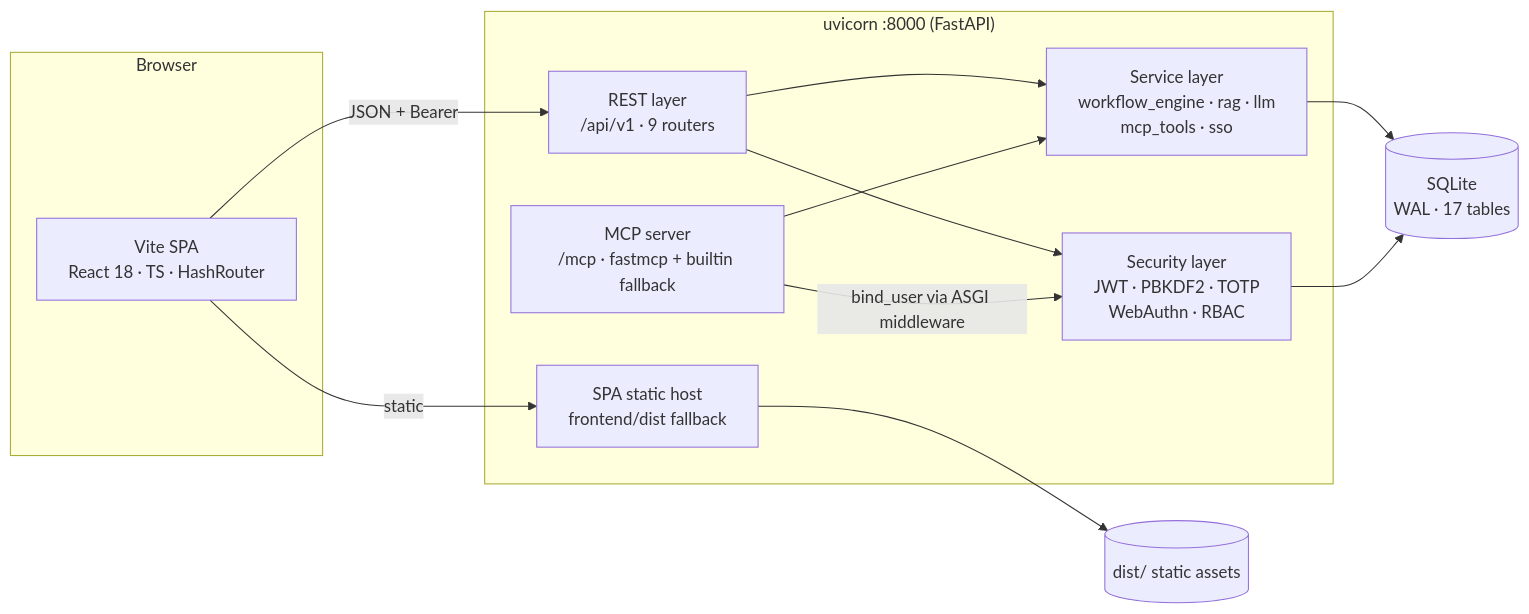
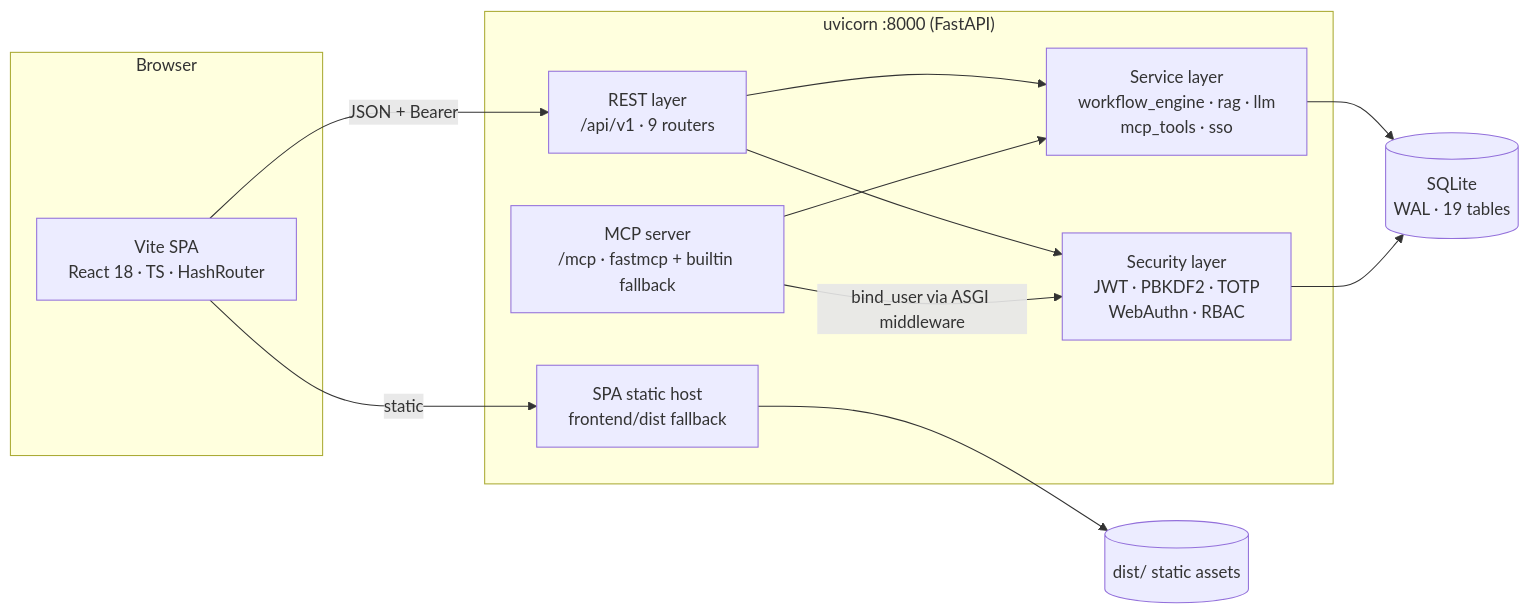
The second of 4 diagrams in docs/architecture.md (liudonghua123/ai-lowcode-platform), drawn with Mermaid before and after one commit. The commit also changed other lines of this file and 31 other files, not shown here.

````diff
--- a/docs/architecture.md
+++ b/docs/architecture.md
@@ -60,25 +60,25 @@
 ```mermaid
 flowchart LR
     subgraph Browser
         SPA[Vite SPA<br/>React 18 · TS · HashRouter]
     end
     subgraph Process["uvicorn :8000 (FastAPI)"]
         API["REST layer<br/>/api/v1 · 9 routers"]
         MCPS["MCP server<br/>/mcp · fastmcp + builtin fallback"]
         SVC["Service layer<br/>workflow_engine · rag · llm<br/>mcp_tools · sso"]
         SEC["Security layer<br/>JWT · PBKDF2 · TOTP<br/>WebAuthn · RBAC"]
         HOST["SPA static host<br/>frontend/dist fallback"]
     end
-    DB[(SQLite<br/>WAL · 17 tables)]
+    DB[(SQLite<br/>WAL · 19 tables)]
     FS[("dist/ static assets")]
 
     SPA -->|JSON + Bearer| API
     SPA -->|static| HOST
     API --> SEC
     API --> SVC
     MCPS -->|bind_user via ASGI middleware| SEC
     MCPS --> SVC
     SVC --> DB
     SEC --> DB
     HOST --> FS
 ```
````
